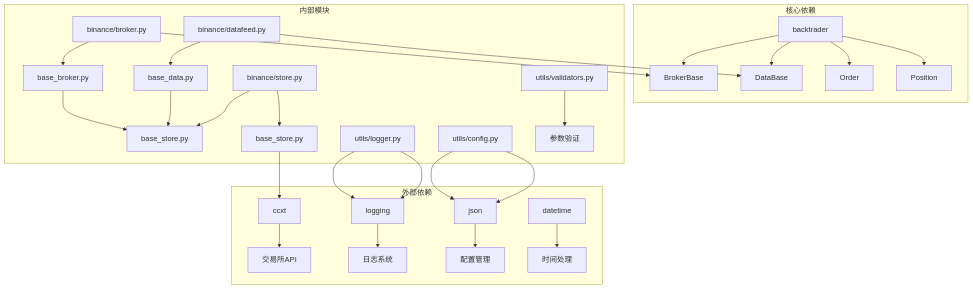
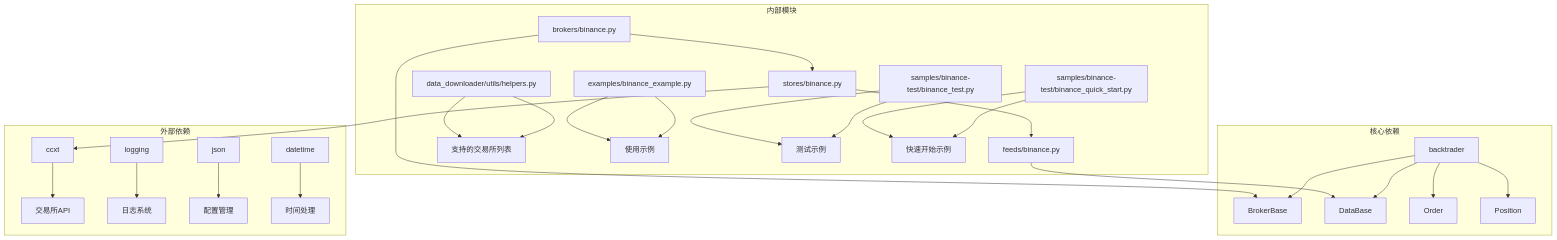
Before and after one commit to bench-prog/backtrader: the seventh of 7 diagrams in .qoder/repowiki/zh/content/实盘交易模块/Bybit交易所集成/Bybit交易所集成.md, drawn with Mermaid. The commit also changed other lines of this file and 23 other files, not shown here.

````diff
--- a/.qoder/repowiki/zh/content/实盘交易模块/Bybit交易所集成/Bybit交易所集成.md
+++ b/.qoder/repowiki/zh/content/实盘交易模块/Bybit交易所集成/Bybit交易所集成.md
@@ -329,31 +357,30 @@
 ```mermaid
 graph TB
 subgraph "核心依赖"
 A[backtrader] --> B[BrokerBase]
 A --> C[DataBase]
 A --> D[Order]
 A --> E[Position]
 end
 subgraph "外部依赖"
 F[ccxt] --> G[交易所API]
 H[logging] --> I[日志系统]
 J[json] --> K[配置管理]
 L[datetime] --> M[时间处理]
 end
 subgraph "内部模块"
-N[base_broker.py] --> O[base_store.py]
-P[base_data.py] --> O
-Q[base_store.py] --> F
-R[binance/broker.py] --> N
-S[binance/datafeed.py] --> P
-T[binance/store.py] --> Q
-U[utils/config.py] --> J
-V[utils/logger.py] --> H
-W[utils/validators.py] --> X[参数验证]
+N[stores/binance.py] --> O[feeds/binance.py]
+P[brokers/binance.py] --> N
+Q[data_downloader/utils/helpers.py] --> R[支持的交易所列表]
+S[examples/binance_example.py] --> T[使用示例]
+U[samples/binance-test/binance_test.py] --> V[测试示例]
+W[samples/binance-test/binance_quick_start.py] --> X[快速开始示例]
 end
-R --> B
-S --> C
-T --> O
-U --> J
-V --> H
+P --> B
+O --> C
+N --> F
+Q --> R
+S --> T
+U --> V
+W --> X
 ```
````
